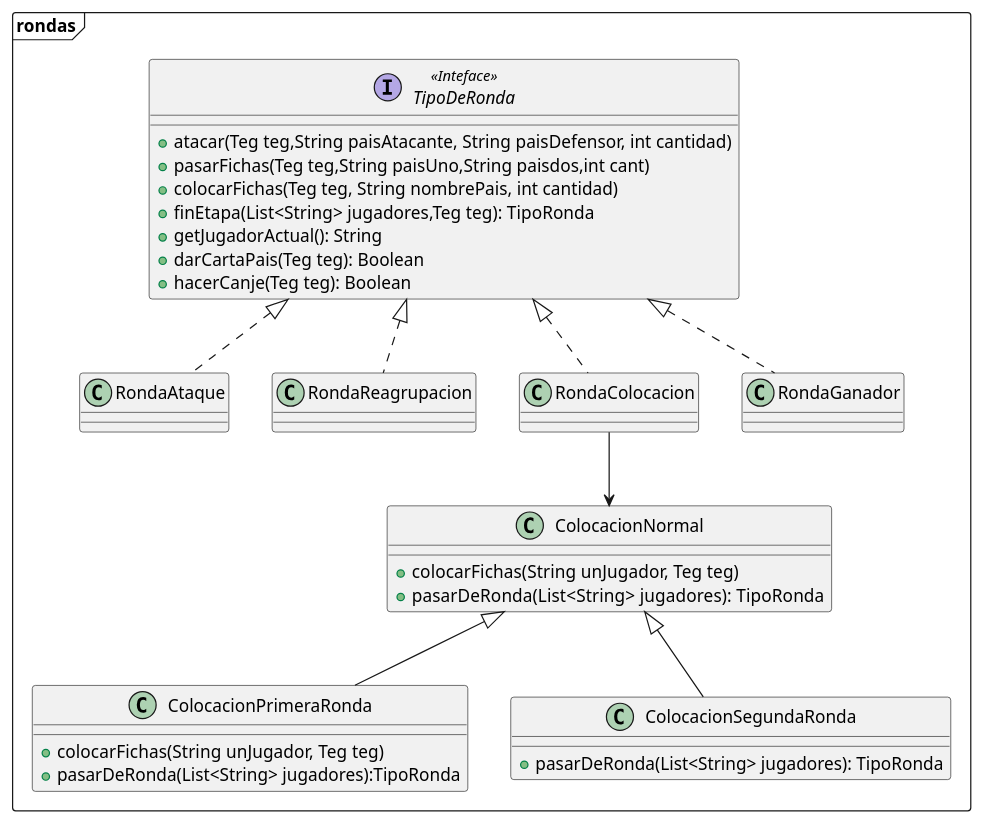
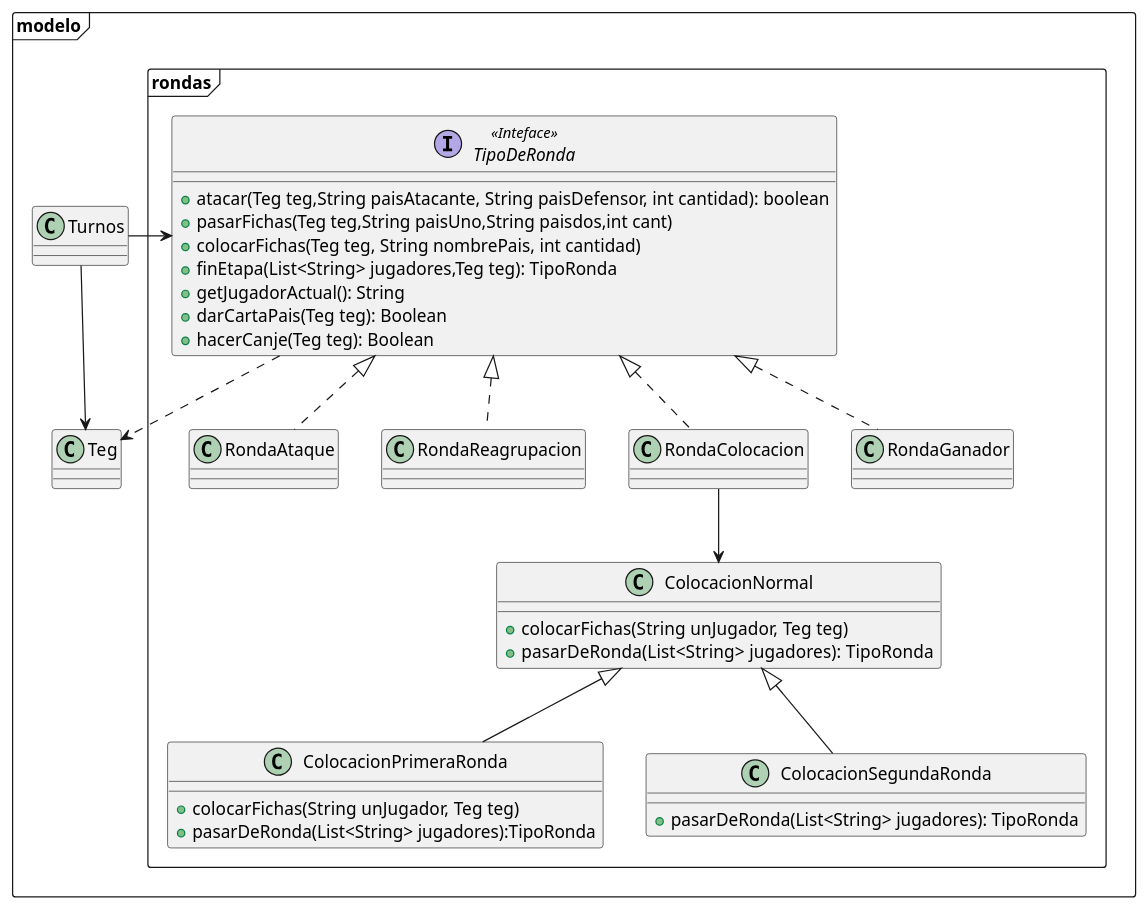
One commit to mpata2000/Algo3-TP2-TEG changed the diagram in docs/Diagramas/Codigo/clase_package_rondas.puml. Above: the diagram before and after it, drawn with PlantUML. The commit also changed 4 other files, not shown here.

```diff
--- a/docs/Diagramas/Codigo/clase_package_rondas.puml
+++ b/docs/Diagramas/Codigo/clase_package_rondas.puml
@@ -1,47 +1,54 @@
 @startuml clases_package_rondas-v1
 'https://plantuml.com/class-diagram
 
-package "rondas" <<frame>>{
+package modelo <<frame>>{
 
-interface TipoDeRonda <<Inteface>>{
-    + atacar(Teg teg,String paisAtacante, String paisDefensor, int cantidad)
-    + pasarFichas(Teg teg,String paisUno,String paisdos,int cant)
-    + colocarFichas(Teg teg, String nombrePais, int cantidad)
-    + finEtapa(List<String> jugadores,Teg teg): TipoRonda
-    + getJugadorActual(): String
-    + darCartaPais(Teg teg): Boolean
-    + hacerCanje(Teg teg): Boolean
+    package "rondas" <<frame>>{
+
+        interface TipoDeRonda <<Inteface>>{
+            + atacar(Teg teg,String paisAtacante, String paisDefensor, int cantidad): boolean
+            + pasarFichas(Teg teg,String paisUno,String paisdos,int cant)
+            + colocarFichas(Teg teg, String nombrePais, int cantidad)
+            + finEtapa(List<String> jugadores,Teg teg): TipoRonda
+            + getJugadorActual(): String
+            + darCartaPais(Teg teg): Boolean
+            + hacerCanje(Teg teg): Boolean
+        }
+
+        class RondaAtaque{}
+
+        class RondaReagrupacion{}
+
+        class RondaColocacion{}
+
+        class RondaGanador{}
+
+        class ColocacionNormal{
+            + colocarFichas(String unJugador, Teg teg)
+            + pasarDeRonda(List<String> jugadores):  TipoRonda
+
+        }
+
+        class ColocacionPrimeraRonda{
+            + colocarFichas(String unJugador, Teg teg)
+            + pasarDeRonda(List<String> jugadores):TipoRonda
+        }
+
+        class ColocacionSegundaRonda{
+            + pasarDeRonda(List<String> jugadores): TipoRonda
+        }
+
+        TipoDeRonda <|.. RondaColocacion
+        TipoDeRonda <|.. RondaAtaque
+        TipoDeRonda <|.. RondaReagrupacion
+        TipoDeRonda <|.. RondaGanador
+        RondaColocacion --> ColocacionNormal
+        ColocacionNormal <|-down- ColocacionPrimeraRonda
+        ColocacionNormal <|-down- ColocacionSegundaRonda
+    }
+
+    Turnos -> TipoDeRonda
+    TipoDeRonda ..> Teg
+    Turnos --> Teg
 }
-
-class RondaAtaque{}
-
-class RondaReagrupacion{}
-
-class RondaColocacion{}
-
-class RondaGanador{}
-
-class ColocacionNormal{
-    + colocarFichas(String unJugador, Teg teg)
-    + pasarDeRonda(List<String> jugadores):  TipoRonda
-
-}
-
-class ColocacionPrimeraRonda{
-    + colocarFichas(String unJugador, Teg teg)
-    + pasarDeRonda(List<String> jugadores):TipoRonda
-}
-
-class ColocacionSegundaRonda{
-    + pasarDeRonda(List<String> jugadores): TipoRonda
-}
-
-TipoDeRonda <|.. RondaColocacion
-TipoDeRonda <|.. RondaAtaque
-TipoDeRonda <|.. RondaReagrupacion
-TipoDeRonda <|.. RondaGanador
-RondaColocacion --> ColocacionNormal
-ColocacionNormal <|-down- ColocacionPrimeraRonda
-ColocacionNormal <|-down- ColocacionSegundaRonda
-
 @enduml
```
